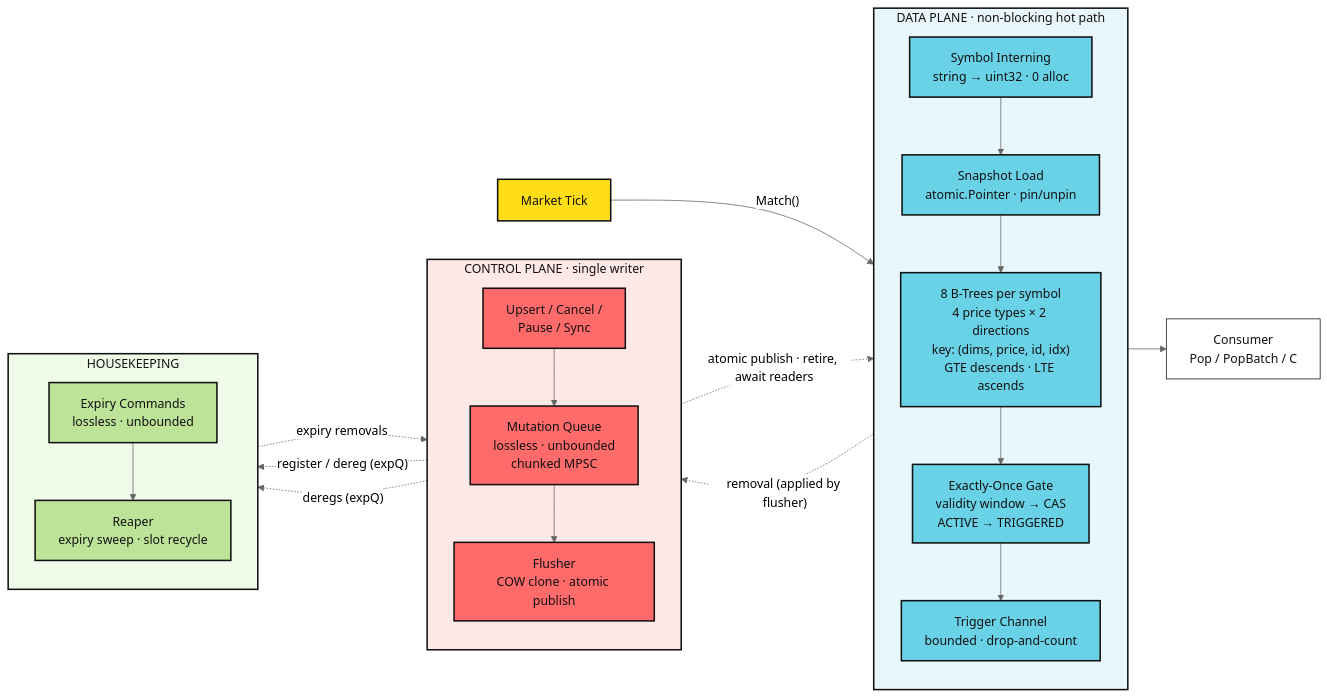
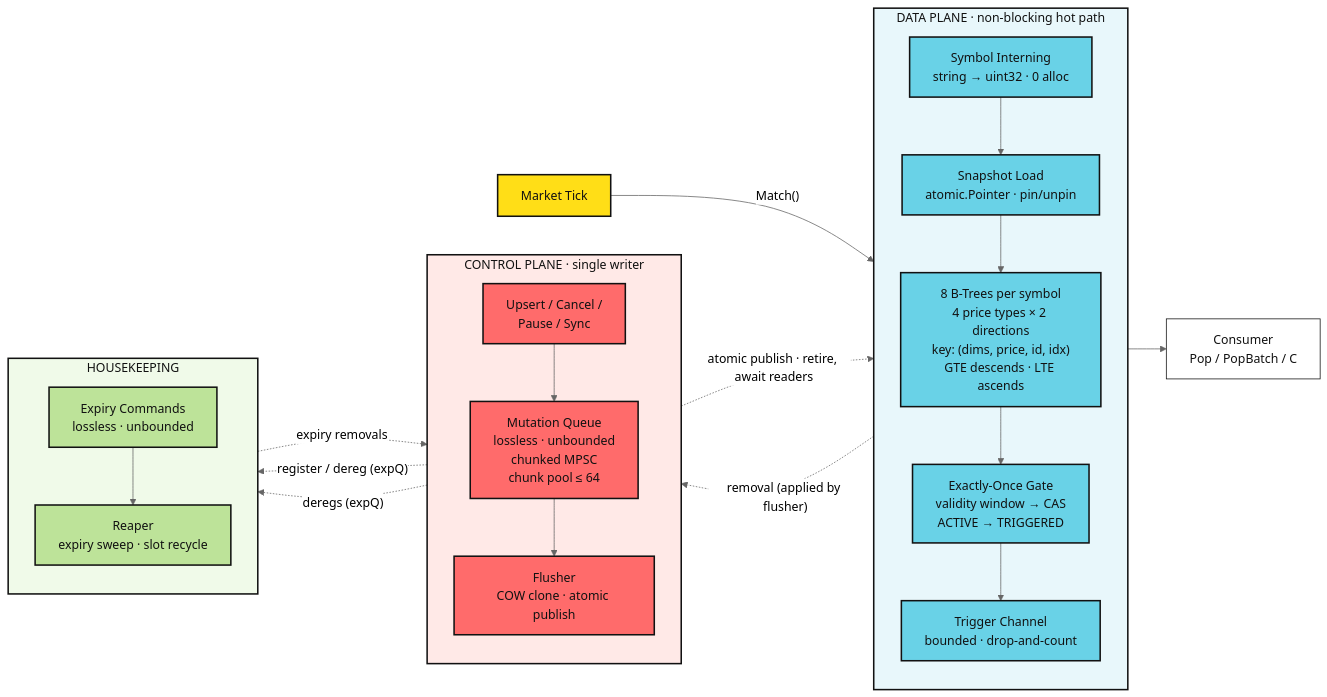
One commit to emirakts0/chrono-tree changed the diagram in README.md. Above: the diagram before and after it, drawn with Mermaid (neutral theme). The commit also changed 3 other files, not shown here.

First line of the commit message:
fix(engine): cap chunkQueue free-list retention at 64 chunks

````diff
--- a/README.md
+++ b/README.md
@@ -40,55 +40,55 @@
 ```mermaid
 flowchart LR
     T["Market Tick"]
 
     subgraph DP["DATA PLANE · non-blocking hot path"]
         direction TB
         IN["Symbol Interning<br/>string → uint32 · 0 alloc"]
         SNAP["Snapshot Load<br/>atomic.Pointer · pin/unpin"]
         TREES["8 B-Trees per symbol<br/>4 price types × 2 directions<br/>key: (dims, price, id, idx)<br/>GTE descends · LTE ascends"]
         CAS["Exactly-Once Gate<br/>validity window → CAS<br/>ACTIVE → TRIGGERED"]
         RING["Trigger Channel<br/>bounded · drop-and-count"]
         IN --> SNAP --> TREES --> CAS --> RING
     end
 
     subgraph CP["CONTROL PLANE · single writer"]
         direction TB
         API["Upsert / Cancel /<br/>Pause / Sync"]
-        MQ["Mutation Queue<br/>lossless · unbounded<br/>chunked MPSC"]
+        MQ["Mutation Queue<br/>lossless · unbounded<br/>chunked MPSC<br/>chunk pool ≤ 64"]
         FL["Flusher<br/>COW clone · atomic publish"]
         API --> MQ --> FL
     end
 
     subgraph HK["HOUSEKEEPING"]
         direction TB
         EXQ["Expiry Commands<br/>lossless · unbounded"]
         RP["Reaper<br/>expiry sweep · slot recycle"]
         EXQ --> RP
     end
 
     OUT["Consumer<br/>Pop / PopBatch / C"]
 
     T -- "Match()" --> IN
     RING --> OUT
     FL -. "atomic publish · retire, await readers" .-> SNAP
     CAS -. "removal (applied by flusher)" .-> MQ
     RP -. "expiry removals" .-> MQ
     API -. "register / dereg (expQ)" .-> EXQ
     FL -. "deregs (expQ)" .-> EXQ
 
     classDef input fill:#FFDE17,stroke:#111,stroke-width:2px,color:#111
     classDef data fill:#69D2E7,stroke:#111,stroke-width:2px,color:#111
     classDef control fill:#FF6B6B,stroke:#111,stroke-width:2px,color:#111
     classDef house fill:#BDE399,stroke:#111,stroke-width:2px,color:#111
     classDef comp fill:#ffffff,stroke:#111,stroke-width:1px,color:#111
 
     class T input
     class IN,SNAP,TREES,CAS,RING data
     class API,MQ,FL control
     class EXQ,RP house
     class OUT comp
 
     style DP fill:#E8F7FB,stroke:#111,stroke-width:2px,color:#111
     style CP fill:#FFE9E7,stroke:#111,stroke-width:2px,color:#111
     style HK fill:#F0FAE9,stroke:#111,stroke-width:2px,color:#111
 ```
````
